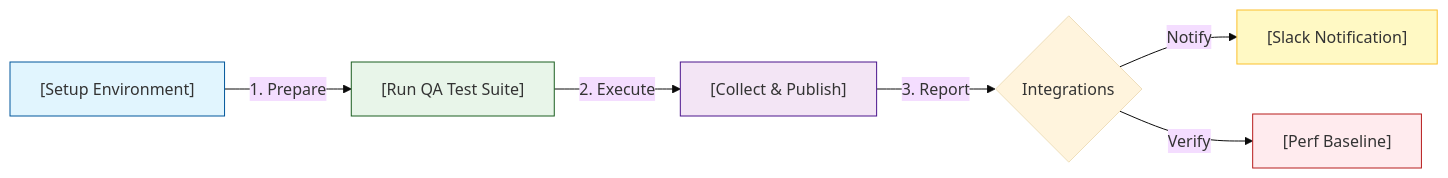
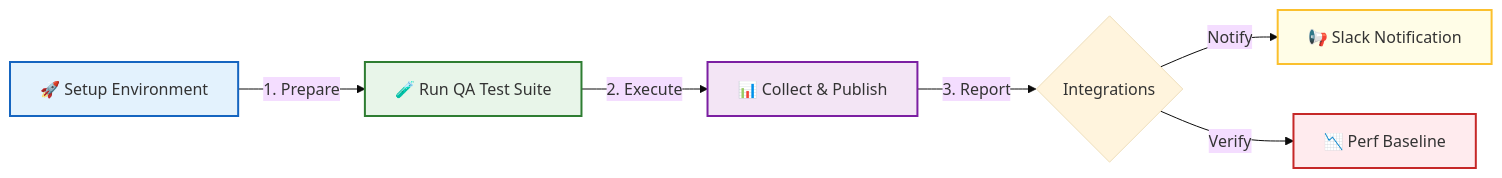
One commit to carlos-camara/qa-hub-actions changed the diagram in README.md. Above: the diagram before and after it, drawn with Mermaid (base theme). The commit also changed other lines of this file and 18 other files, not shown here.

````diff
--- a/README.md
+++ b/README.md
@@ -21,14 +27,14 @@
 ```mermaid
 graph LR
-    A["[Setup Environment]"] -- 1. Prepare --> B["[Run QA Test Suite]"]
-    B -- 2. Execute --> C["[Collect & Publish]"]
+    A["🚀 Setup Environment"] -- 1. Prepare --> B["🧪 Run QA Test Suite"]
+    B -- 2. Execute --> C["📊 Collect & Publish"]
     C -- 3. Report --> D{"Integrations"}
-    D -- Notify --> E["[Slack Notification]"]
-    D -- Verify --> F["[Perf Baseline]"]
+    D -- Notify --> E["📢 Slack Notification"]
+    D -- Verify --> F["📉 Perf Baseline"]
     
-    style A fill:#e1f5fe,stroke:#01579b
-    style B fill:#e8f5e9,stroke:#1b5e20
-    style C fill:#f3e5f5,stroke:#4a148c
-    style E fill:#fff9c4,stroke:#fbc02d
-    style F fill:#ffebee,stroke:#b71c1c
+    style A fill:#e3f2fd,stroke:#1565c0,stroke-width:2px
+    style B fill:#e8f5e9,stroke:#2e7d32,stroke-width:2px
+    style C fill:#f3e5f5,stroke:#7b1fa2,stroke-width:2px
+    style E fill:#fffde7,stroke:#fbc02d,stroke-width:2px
+    style F fill:#ffebee,stroke:#c62828,stroke-width:2px
 ```
````
